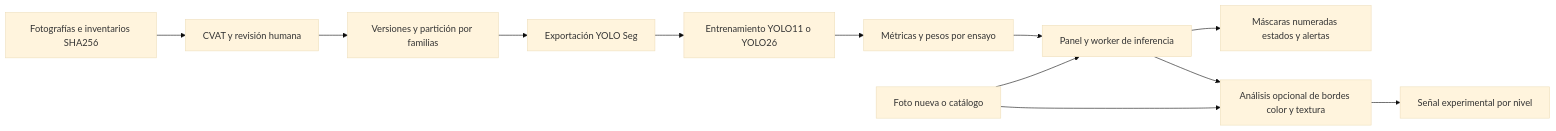
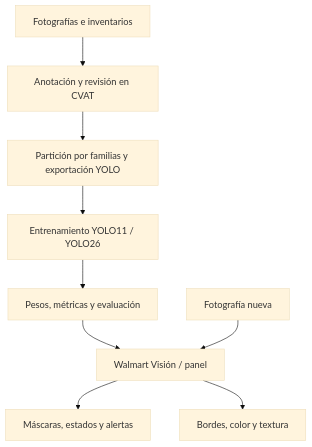
One commit to vcanio/Capstone2026 changed the diagram in README.md. Above: the diagram before and after it, drawn with Mermaid (base theme). The commit also changed other lines of this file, not shown here.

````diff
--- a/README.md
+++ b/README.md
@@ -109,14 +110,11 @@
 ```mermaid
-flowchart LR
-    A[Fotografías e inventarios SHA256] --> B[CVAT y revisión humana]
-    B --> C[Versiones y partición por familias]
-    C --> D[Exportación YOLO Seg]
-    D --> E[Entrenamiento YOLO11 o YOLO26]
-    E --> F[Métricas y pesos por ensayo]
-    F --> G[Panel y worker de inferencia]
-    H[Foto nueva o catálogo] --> G
-    G --> I[Máscaras numeradas estados y alertas]
-    G --> J[Análisis opcional de bordes color y textura]
-    H --> J
-    J --> K[Señal experimental por nivel]
+flowchart TB
+    A[Fotografías e inventarios] --> B[Anotación y revisión en CVAT]
+    B --> C[Partición por familias y exportación YOLO]
+    C --> D[Entrenamiento YOLO11 / YOLO26]
+    D --> E[Pesos, métricas y evaluación]
+    E --> F[Walmart Visión / panel]
+    G[Fotografía nueva] --> F
+    F --> H[Máscaras, estados y alertas]
+    F --> I[Bordes, color y textura]
 ```
````
